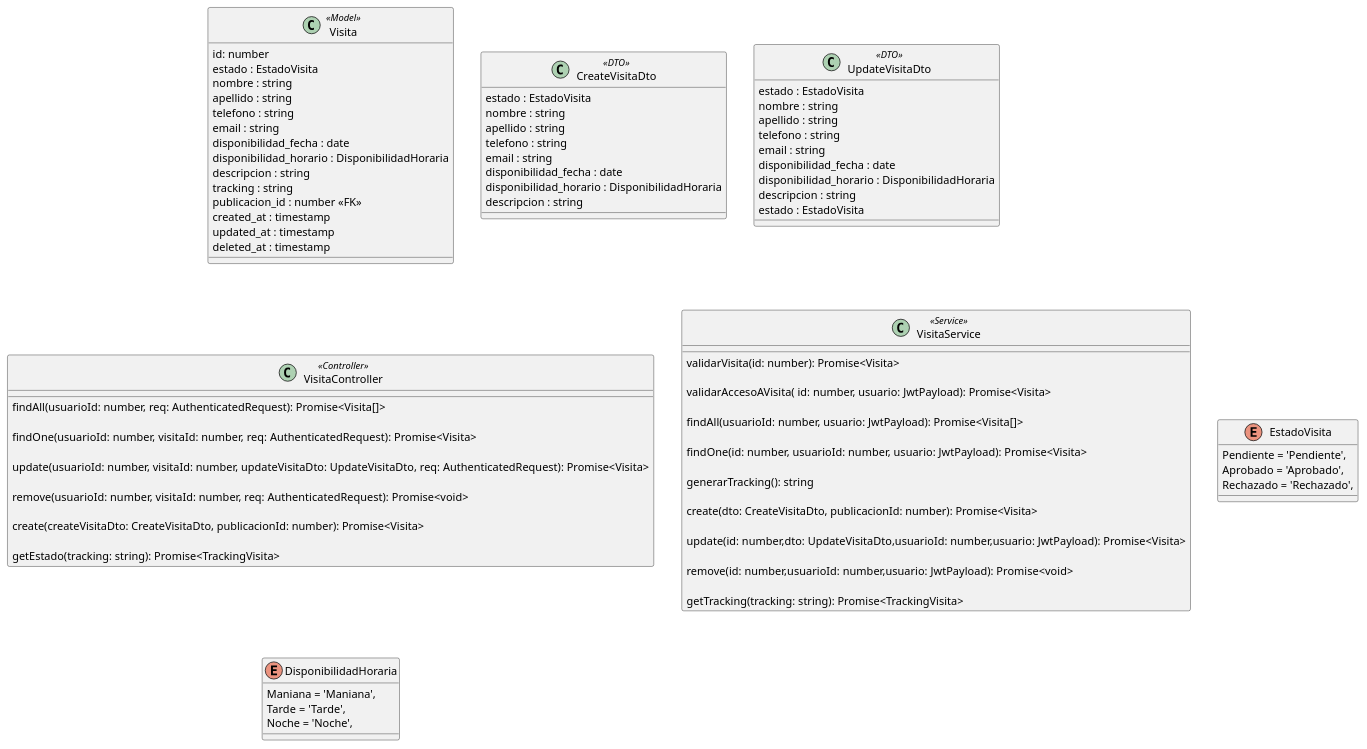
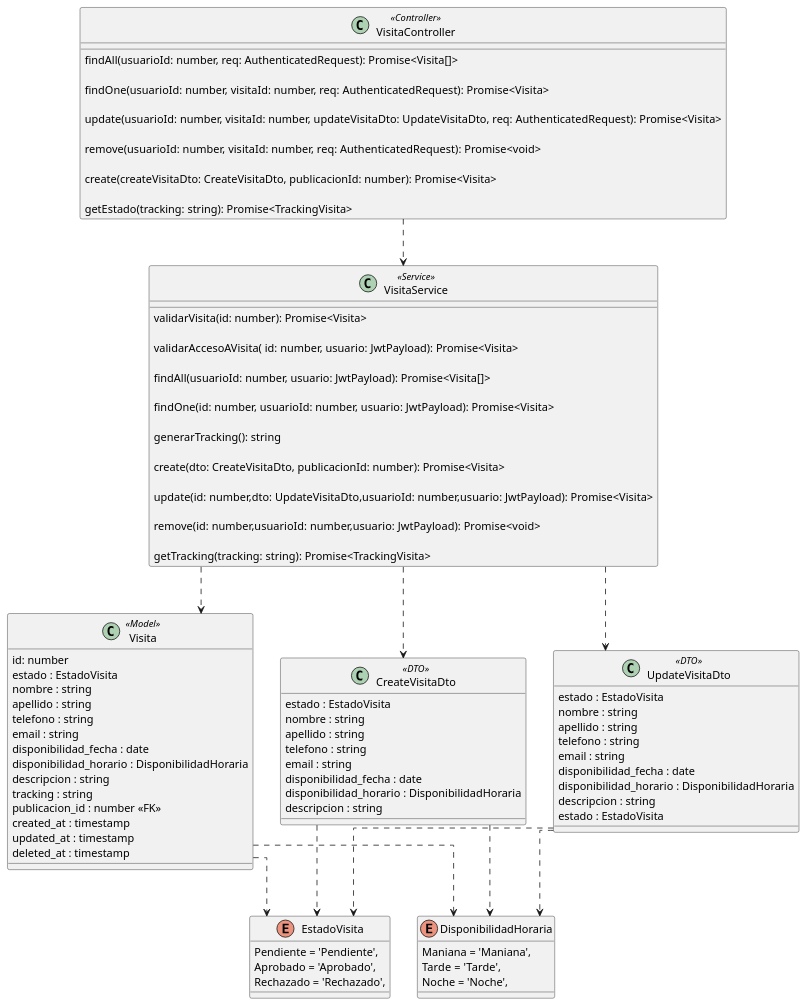
One commit to fedef1982/2025-TUP-Prog3-TP-Grupo2 changed the diagram in documentacion/diagramas/Diagramas de clases/diagrama_clase_visita.puml. Above: the diagram before and after it, drawn with PlantUML. The commit also changed 7 other files, not shown here.

Commit message:
cambios en diagramas

```diff
--- a/documentacion/diagramas/Diagramas de clases/diagrama_clase_visita.puml
+++ b/documentacion/diagramas/Diagramas de clases/diagrama_clase_visita.puml
@@ -1,94 +1,107 @@
 @startuml AdoptAR
 
 skinparam Linetype ortho
 
 class Visita <<Model>> {
   id: number
   estado : EstadoVisita
   nombre : string
   apellido : string
   telefono : string
   email : string
   disponibilidad_fecha : date
   disponibilidad_horario : DisponibilidadHoraria
   descripcion : string
   tracking : string
   publicacion_id : number <<FK>>
   created_at : timestamp
   updated_at : timestamp
   deleted_at : timestamp
 }
 
 class CreateVisitaDto <<DTO>> {
   estado : EstadoVisita
   nombre : string
   apellido : string
   telefono : string
   email : string
   disponibilidad_fecha : date
   disponibilidad_horario : DisponibilidadHoraria
   descripcion : string
 }
 
 class UpdateVisitaDto <<DTO>>{
   estado : EstadoVisita
   nombre : string
   apellido : string
   telefono : string
   email : string
   disponibilidad_fecha : date
   disponibilidad_horario : DisponibilidadHoraria
   descripcion : string
   estado : EstadoVisita
 }
 
 class VisitaController <<Controller>> {
   
   findAll(usuarioId: number, req: AuthenticatedRequest): Promise<Visita[]>
   
   findOne(usuarioId: number, visitaId: number, req: AuthenticatedRequest): Promise<Visita>
   
   update(usuarioId: number, visitaId: number, updateVisitaDto: UpdateVisitaDto, req: AuthenticatedRequest): Promise<Visita>
   
   remove(usuarioId: number, visitaId: number, req: AuthenticatedRequest): Promise<void>
   
   create(createVisitaDto: CreateVisitaDto, publicacionId: number): Promise<Visita>
   
   getEstado(tracking: string): Promise<TrackingVisita>
   
 }
 
 class VisitaService <<Service>>{
 
   validarVisita(id: number): Promise<Visita> 
 
   validarAccesoAVisita( id: number, usuario: JwtPayload): Promise<Visita> 
 
   findAll(usuarioId: number, usuario: JwtPayload): Promise<Visita[]> 
 
   findOne(id: number, usuarioId: number, usuario: JwtPayload): Promise<Visita> 
 
   generarTracking(): string 
 
   create(dto: CreateVisitaDto, publicacionId: number): Promise<Visita> 
 
   update(id: number,dto: UpdateVisitaDto,usuarioId: number,usuario: JwtPayload): Promise<Visita> 
 
   remove(id: number,usuarioId: number,usuario: JwtPayload): Promise<void> 
 
   getTracking(tracking: string): Promise<TrackingVisita> 
 }
 
 enum EstadoVisita {
   Pendiente = 'Pendiente',
   Aprobado = 'Aprobado',
   Rechazado = 'Rechazado',
 }
 
 enum DisponibilidadHoraria {
   Maniana = 'Maniana',
   Tarde = 'Tarde',
   Noche = 'Noche',
 }
 
+/' Relaciones '/
+VisitaController ..> VisitaService 
+VisitaService ..> CreateVisitaDto 
+VisitaService ..> UpdateVisitaDto 
+VisitaService ..> Visita
+
+CreateVisitaDto  ..> EstadoVisita
+CreateVisitaDto  ..> DisponibilidadHoraria
+UpdateVisitaDto  ..> EstadoVisita
+UpdateVisitaDto  ..> DisponibilidadHoraria
+Visita ..> EstadoVisita
+Visita ..> DisponibilidadHoraria
+
 @enduml
```
